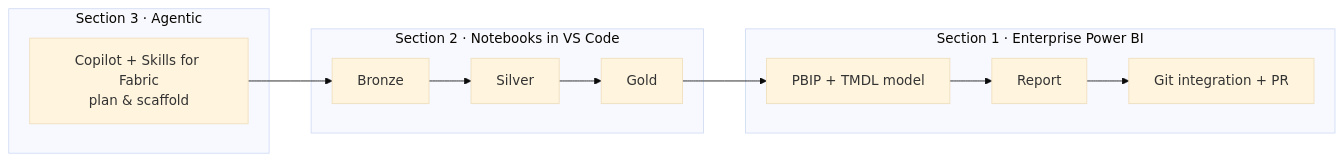
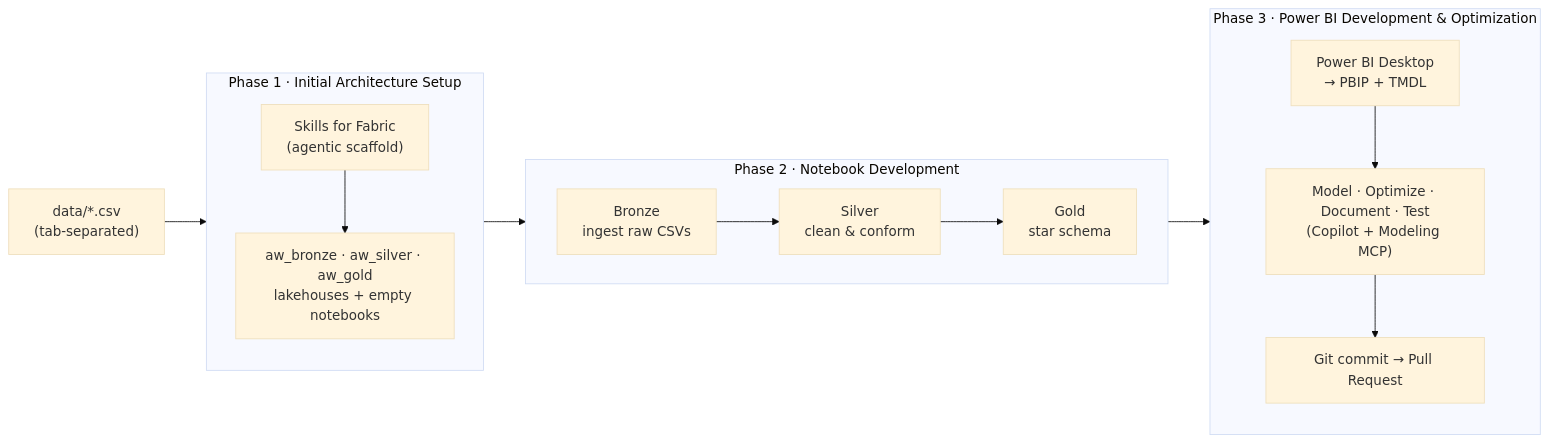
One commit to franciscobertao1995/Fabric-PBI-Dev changed the first of 2 diagrams in demo/README.md. Above: the diagram before and after it, drawn with Mermaid (base theme). The commit also changed other lines of this file and 20 other files, not shown here.

````diff
--- a/demo/README.md
+++ b/demo/README.md
@@ -7,15 +17,22 @@
 ```mermaid
 flowchart LR
-    subgraph Sec3[Section 3 · Agentic]
-      A[Copilot + Skills for Fabric<br/>plan & scaffold]
+    CSV["data/*.csv<br/>(tab-separated)"] --> P1
+
+    subgraph P1["Phase 1 · Initial Architecture Setup"]
+        direction TB
+        SK["Skills for Fabric<br/>(agentic scaffold)"] --> LH["aw_bronze · aw_silver · aw_gold<br/>lakehouses + empty notebooks"]
     end
-    subgraph Sec2[Section 2 · Notebooks in VS Code]
-      B[Bronze] --> C[Silver] --> D[Gold]
+
+    subgraph P2["Phase 2 · Notebook Development"]
+        direction LR
+        B["Bronze<br/>ingest raw CSVs"] --> S["Silver<br/>clean & conform"] --> G["Gold<br/>star schema"]
     end
-    subgraph Sec1[Section 1 · Enterprise Power BI]
-      E[PBIP + TMDL model] --> F[Report]
-      F --> G[Git integration + PR]
+
+    subgraph P3["Phase 3 · Power BI Development & Optimization"]
+        direction TB
+        PBIP["Power BI Desktop<br/>→ PBIP + TMDL"] --> MCP["Model · Optimize · Document · Test<br/>(Copilot + Modeling MCP)"]
+        MCP --> PR["Git commit → Pull Request"]
     end
-    A --> B
-    D --> E
+
+    P1 --> P2 --> P3
 ```
````
